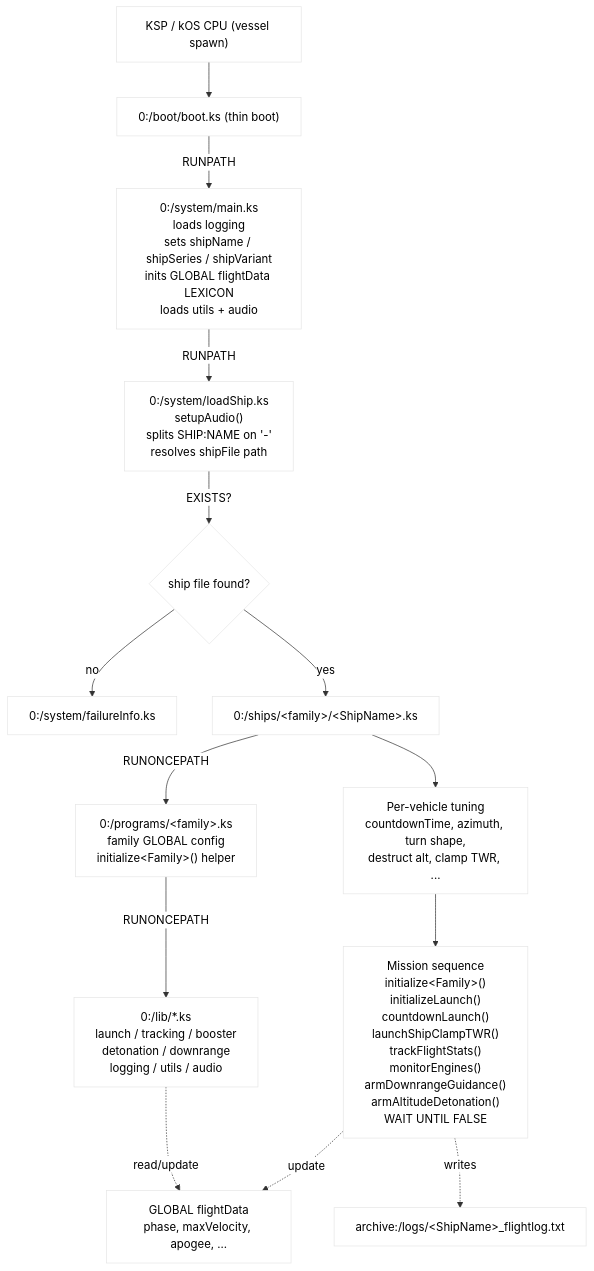
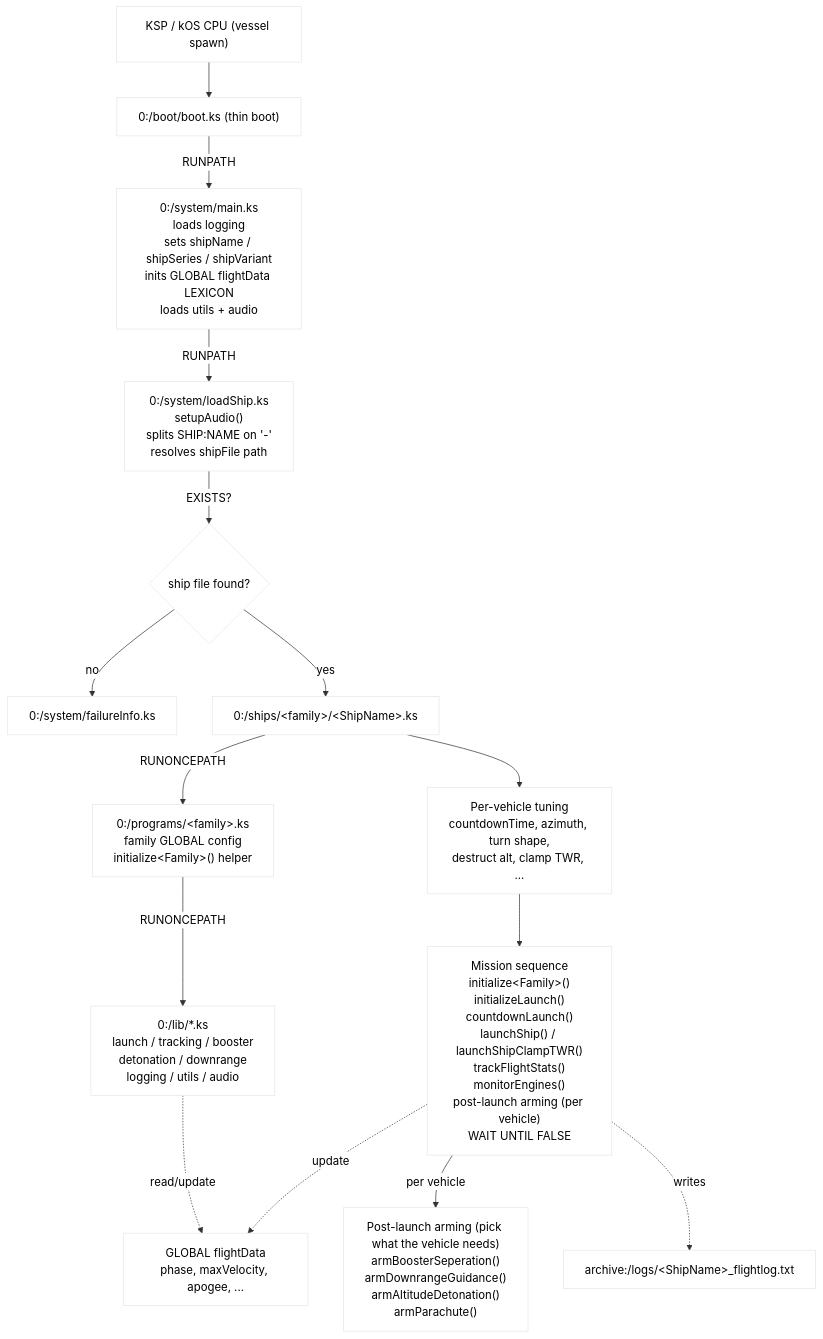
The diagram in docs/images/_src/boot-flow.mmd (Anymuz/Anymuz-RO-RP1-kOS-Scripts), drawn with Mermaid before and after one commit. The commit also changed 46 other files, not shown here.

```diff
--- a/docs/images/_src/boot-flow.mmd
+++ b/docs/images/_src/boot-flow.mmd
@@ -1,20 +1,21 @@
 %%{init: {'theme':'base','themeVariables':{'background':'#ffffff','primaryColor':'#ffffff','primaryTextColor':'#000000','lineColor':'#333333'}}}%%
 flowchart TD
     KSP["KSP / kOS CPU (vessel spawn)"] --> Boot["0:/boot/boot.ks (thin boot)"]
     Boot -->|RUNPATH| Main["0:/system/main.ks<br/>loads logging<br/>sets shipName / shipSeries / shipVariant<br/>inits GLOBAL flightData LEXICON<br/>loads utils + audio"]
     Main -->|RUNPATH| LoadShip["0:/system/loadShip.ks<br/>setupAudio()<br/>splits SHIP:NAME on '-'<br/>resolves shipFile path"]
 
     LoadShip -->|EXISTS?| Decide{ship file found?}
     Decide -->|no| Failure["0:/system/failureInfo.ks"]
     Decide -->|yes| ShipFile["0:/ships/&lt;family&gt;/&lt;ShipName&gt;.ks"]
 
     ShipFile -->|RUNONCEPATH| Program["0:/programs/&lt;family&gt;.ks<br/>family GLOBAL config<br/>initialize&lt;Family&gt;() helper"]
 
     Program -->|RUNONCEPATH| Libs["0:/lib/*.ks<br/>launch / tracking / booster<br/>detonation / downrange<br/>logging / utils / audio"]
 
     ShipFile --> Tune["Per-vehicle tuning<br/>countdownTime, azimuth, turn shape,<br/>destruct alt, clamp TWR, ..."]
-    Tune --> Seq["Mission sequence<br/>initialize&lt;Family&gt;()<br/>initializeLaunch()<br/>countdownLaunch()<br/>launchShipClampTWR()<br/>trackFlightStats()<br/>monitorEngines()<br/>armDownrangeGuidance()<br/>armAltitudeDetonation()<br/>WAIT UNTIL FALSE"]
+    Tune --> Seq["Mission sequence<br/>initialize&lt;Family&gt;()<br/>initializeLaunch()<br/>countdownLaunch()<br/>launchShip() / launchShipClampTWR()<br/>trackFlightStats()<br/>monitorEngines()<br/>post-launch arming (per vehicle)<br/>WAIT UNTIL FALSE"]
+    Seq -->|per vehicle| Arm["Post-launch arming (pick what the vehicle needs)<br/>armBoosterSeperation()<br/>armDownrangeGuidance()<br/>armAltitudeDetonation()<br/>armParachute()"]
 
     Seq -.writes.-> Logs["archive:/logs/&lt;ShipName&gt;_flightlog.txt"]
     Libs -.read/update.-> State["GLOBAL flightData<br/>phase, maxVelocity, apogee, ..."]
     Seq -.update.-> State
```
